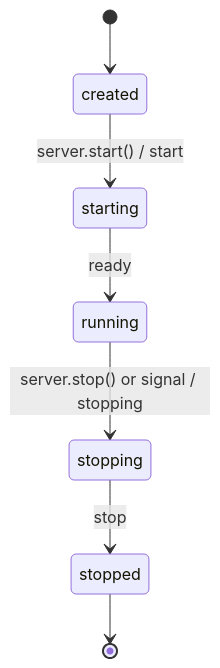
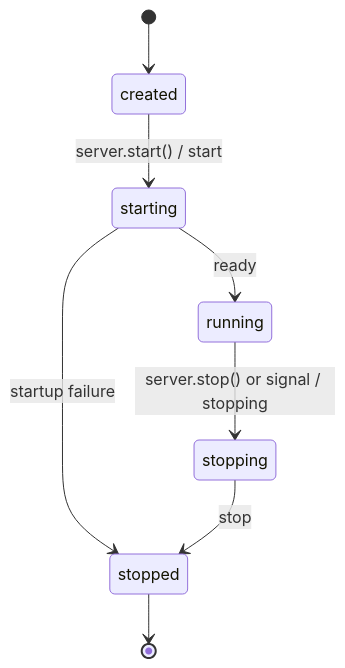
One commit to Connectum-Framework/docs changed the diagram in en/guide/server/lifecycle.md. Above: the diagram before and after it, drawn with Mermaid. The commit also changed other lines of this file and 93 other files, not shown here.

````diff
--- a/en/guide/server/lifecycle.md
+++ b/en/guide/server/lifecycle.md
@@ -14,9 +14,10 @@
 ```mermaid
 stateDiagram-v2
     [*] --> created
     created --> starting: server.start() / start
     starting --> running: ready
+    starting --> stopped: startup failure
     running --> stopping: server.stop() or signal / stopping
     stopping --> stopped: stop
     stopped --> [*]
 ```
````
